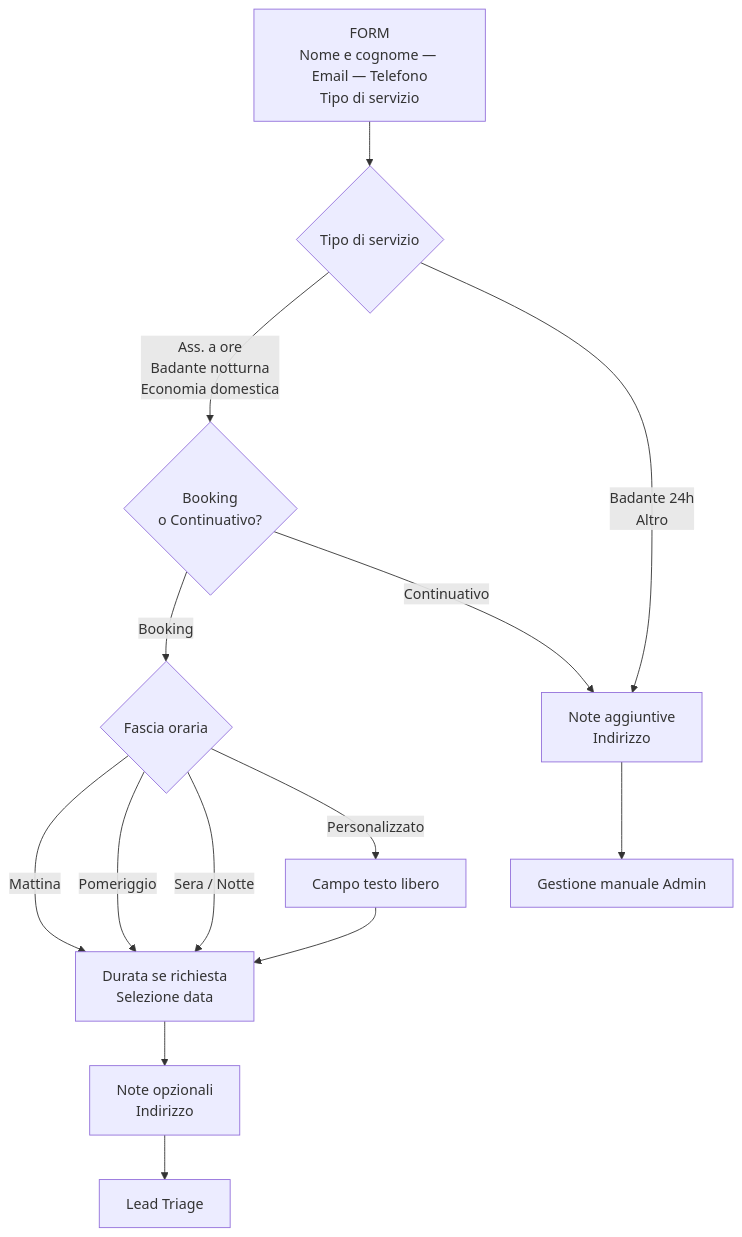
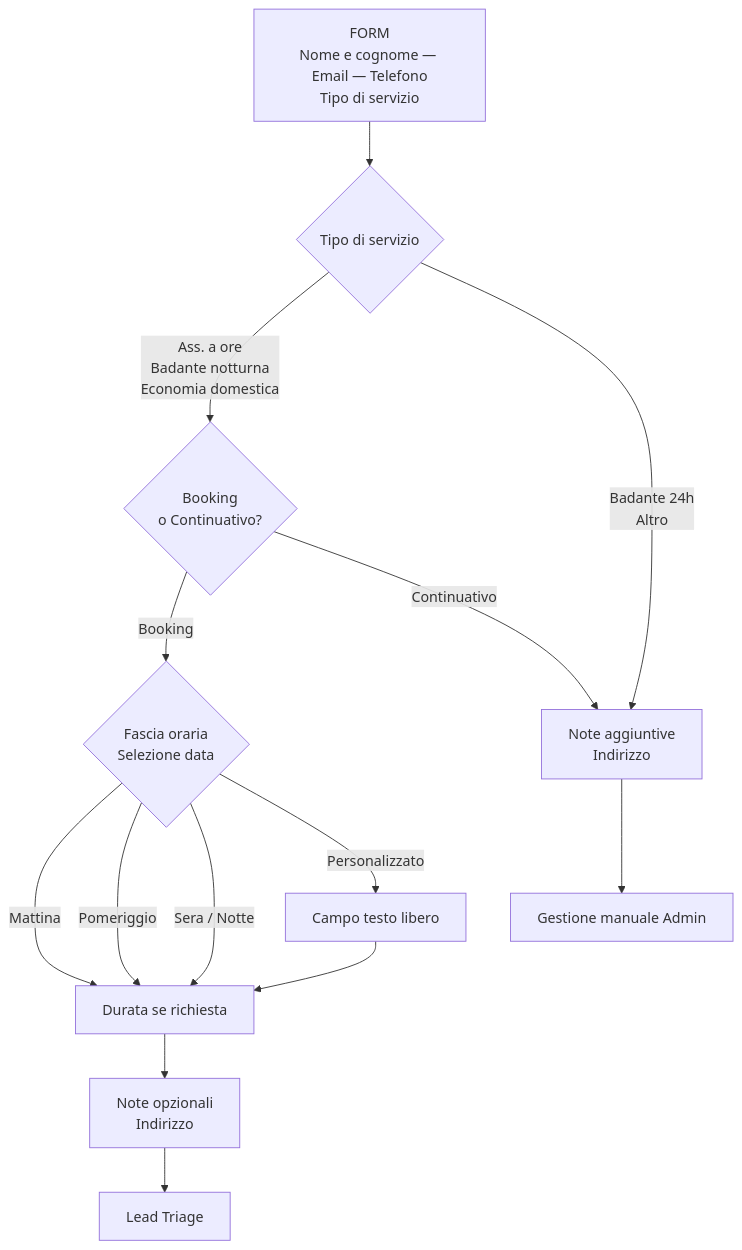
Before and after one commit to andreadimicco1/atlas-nevod: the second of 2 diagrams in milestone1/01_landing_page.md, drawn with Mermaid.

Commit message:
Form cliente — selezione data unita a fascia oraria

````diff
--- a/milestone1/01_landing_page.md
+++ b/milestone1/01_landing_page.md
@@ -45,23 +45,23 @@
 ```mermaid
 flowchart TD
     FORM[FORM\nNome e cognome — Email — Telefono\nTipo di servizio]
 
     FORM --> TIPO{Tipo di servizio}
 
     TIPO --> |Ass. a ore\nBadante notturna\nEconomia domestica| SCELTA{Booking\no Continuativo?}
     TIPO --> |Badante 24h\nAltro| MANUAL
 
-    SCELTA --> |Booking| ORA{Fascia oraria}
+    SCELTA --> |Booking| ORA{Fascia oraria\nSelezione data}
     SCELTA --> |Continuativo| MANUAL[Note aggiuntive\nIndirizzo]
 
-    ORA --> |Mattina| DUR[Durata se richiesta\nSelezione data]
+    ORA --> |Mattina| DUR[Durata se richiesta]
     ORA --> |Pomeriggio| DUR
     ORA --> |Sera / Notte| DUR
     ORA --> |Personalizzato| CUST[Campo testo libero]
     CUST --> DUR
 
     DUR --> FINE[Note opzionali\nIndirizzo]
     FINE --> LT[Lead Triage]
 
     MANUAL --> GM[Gestione manuale Admin]
 ```
````
